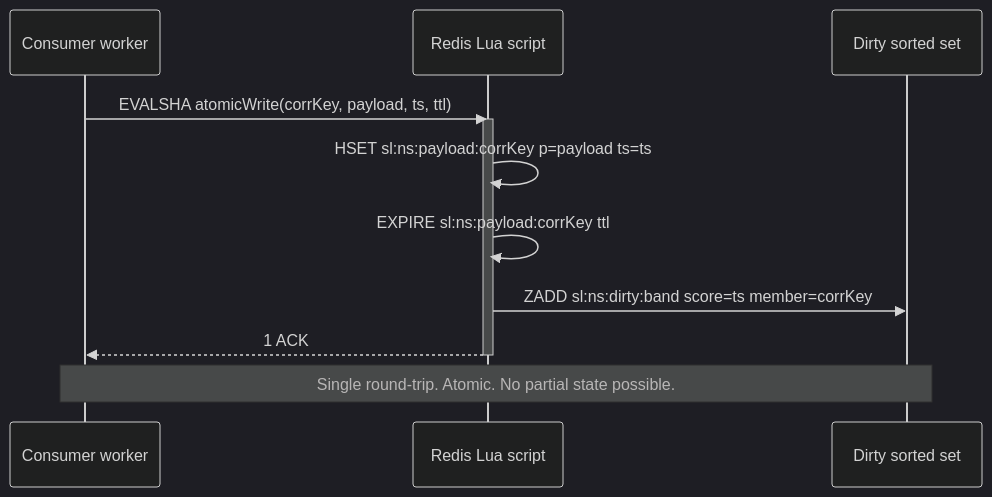
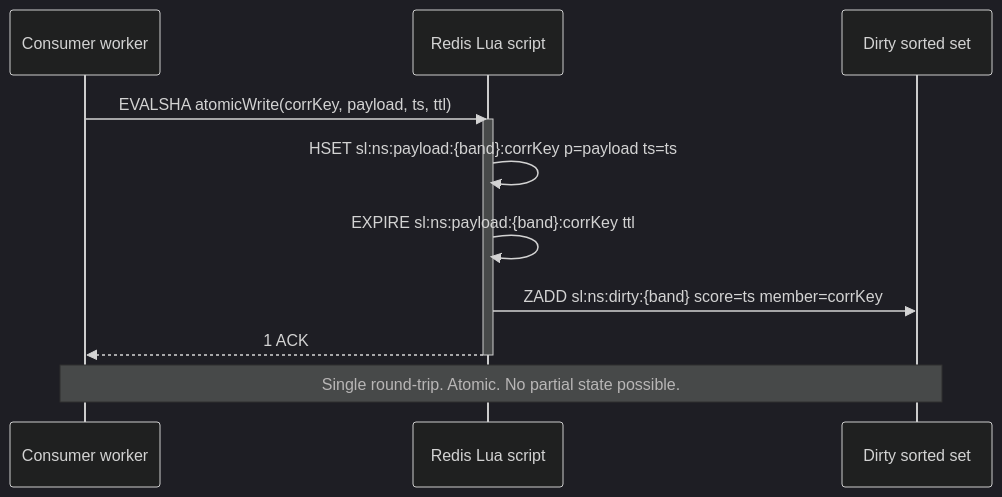
Before and after one commit to hussainpithawala/sluice-go: the third of 12 diagrams in README.md, drawn with Mermaid (dark theme). The commit also changed other lines of this file, not shown here.

````diff
--- a/README.md
+++ b/README.md
@@ -83,16 +88,16 @@
 ```mermaid
 sequenceDiagram
     participant C as Consumer worker
     participant R as Redis Lua script
     participant DS as Dirty sorted set
 
     C->>R: EVALSHA atomicWrite(corrKey, payload, ts, ttl)
     activate R
-    R->>R: HSET sl:ns:payload:corrKey  p=payload ts=ts
-    R->>R: EXPIRE sl:ns:payload:corrKey ttl
-    R->>DS: ZADD sl:ns:dirty:band score=ts member=corrKey
+    R->>R: HSET sl:ns:payload:{band}:corrKey  p=payload ts=ts
+    R->>R: EXPIRE sl:ns:payload:{band}:corrKey ttl
+    R->>DS: ZADD sl:ns:dirty:{band} score=ts member=corrKey
     R-->>C: 1 ACK
     deactivate R
 
     Note over C,DS: Single round-trip. Atomic. No partial state possible.
 ```
````
